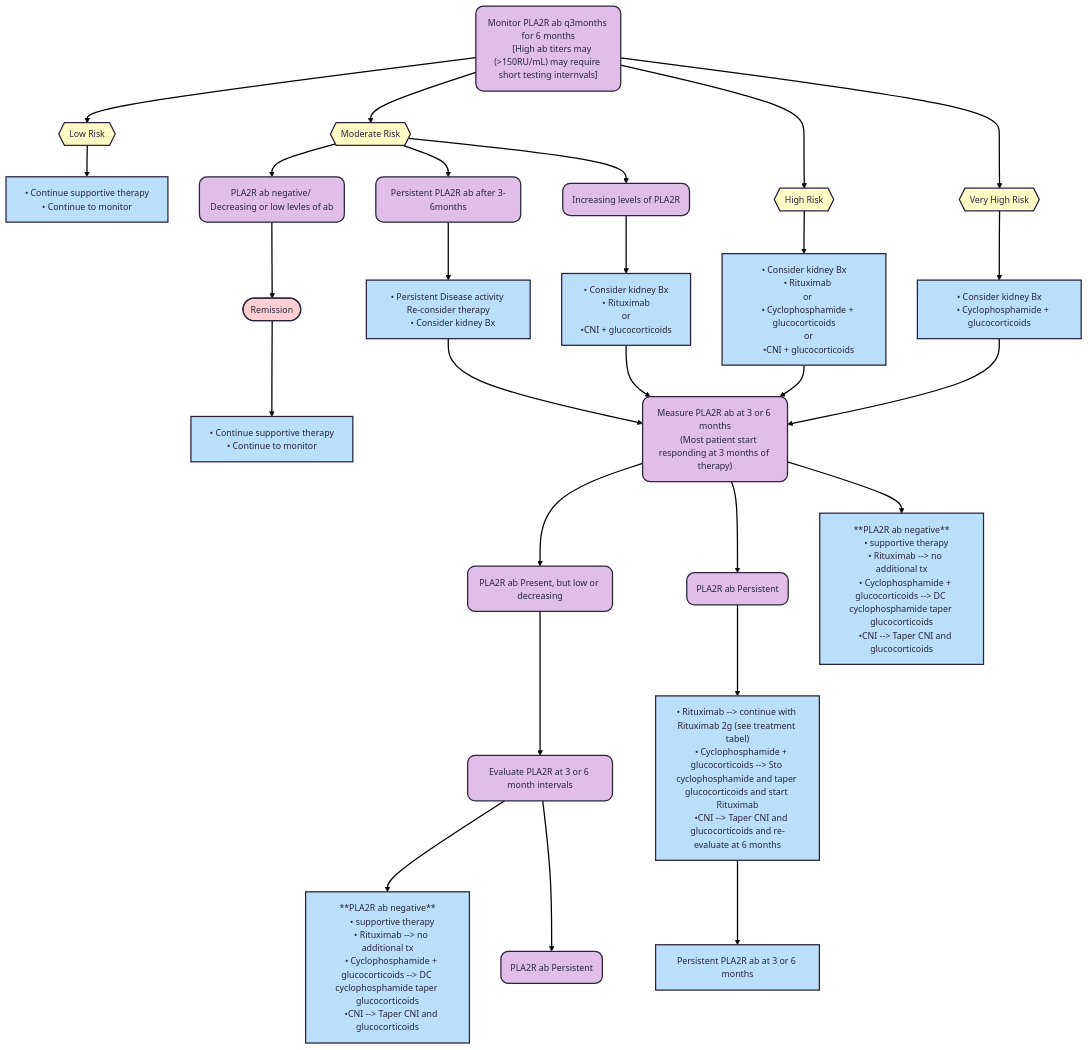
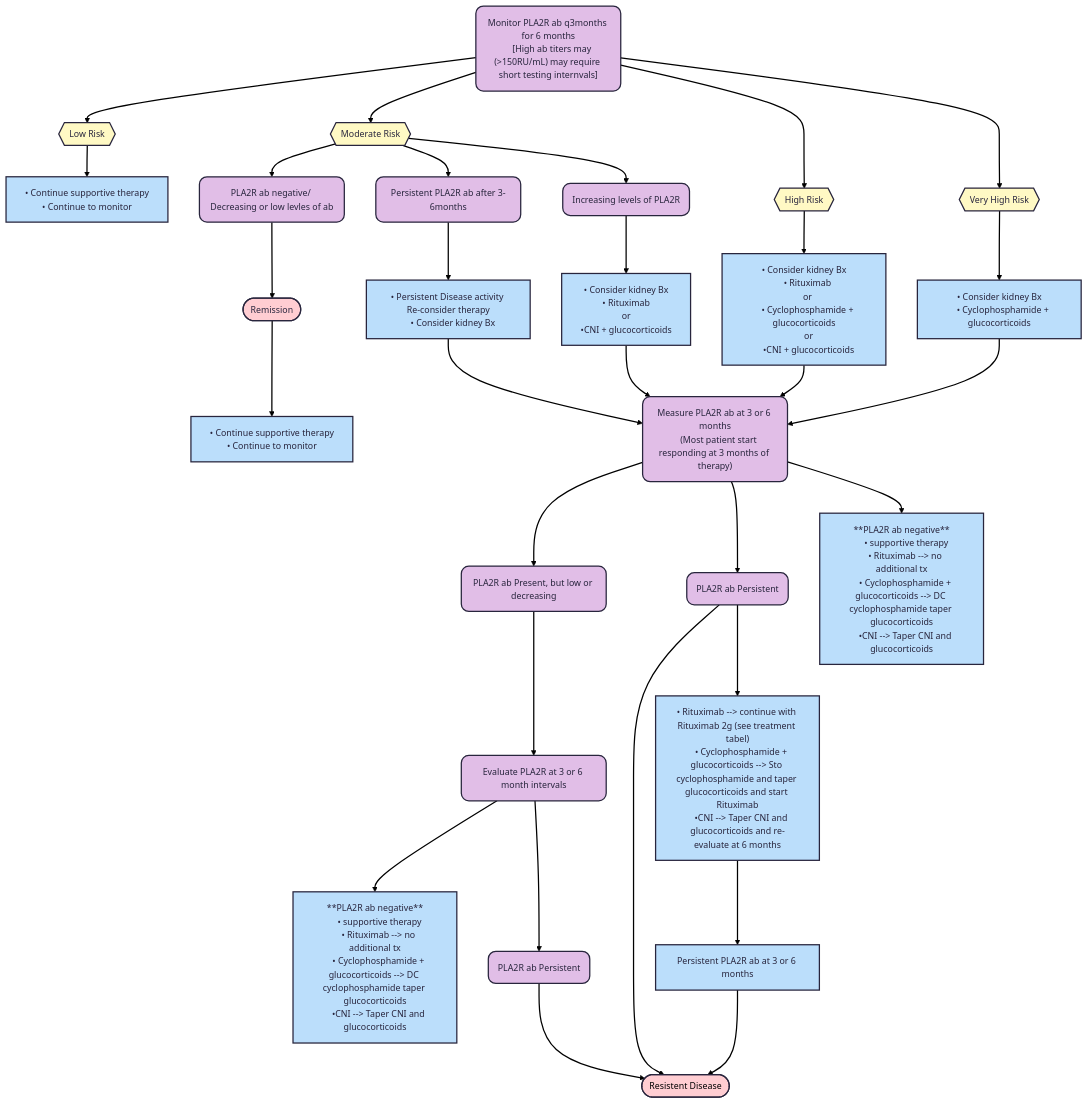
One commit to TTUNEPH2025/GN changed the third of 3 diagrams in docs/Membranous.md. Above: the diagram before and after it, drawn with Mermaid.

```diff
--- a/docs/Membranous.md
+++ b/docs/Membranous.md
@@ -227,10 +227,12 @@
     • Rituximab --> no additional tx
     • Cyclophosphamide + glucocorticoids --> DC cyclophosphamide taper glucocorticoids
     •CNI --> Taper CNI and glucocorticoids"] & n31["PLA2R ab Persistent"]
-    n27 --> n73["• Rituximab --> continue with Rituximab 2g (see treatment tabel)
+    n31 --> n32(["Resistent Disease"])
+    n27 --> n32 & n73["• Rituximab --> continue with Rituximab 2g (see treatment tabel)
     • Cyclophosphamide + glucocorticoids --> Sto cyclophosphamide and taper glucocorticoids and start Rituximab
     •CNI --> Taper CNI and glucocorticoids and re-evaluate at 6 months"]
     n73 --> n74["Persistent PLA2R ab at 3 or 6 months"]
+    n74 --> n32
     n10 --> n75["• Continue supportive therapy
     • Continue to monitor"]
     n9@{ shape: rounded}
@@ -267,6 +269,7 @@
     style n29 fill:#E1BEE7
     style n30 fill:#BBDEFB
     style n31 fill:#E1BEE7
+    style n32 color:#000000,fill:#FFCDD2
     style n73 fill:#BBDEFB
     style n74 fill:#BBDEFB
     style n75 fill:#BBDEFB
```
